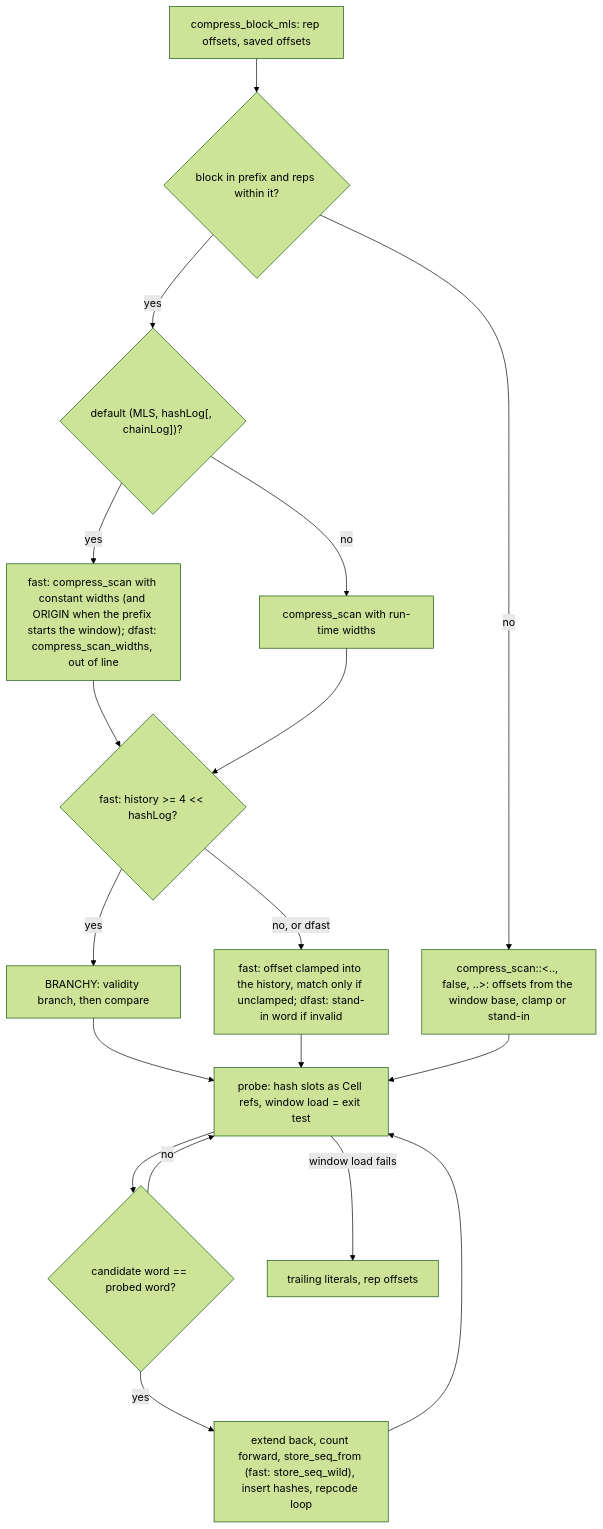
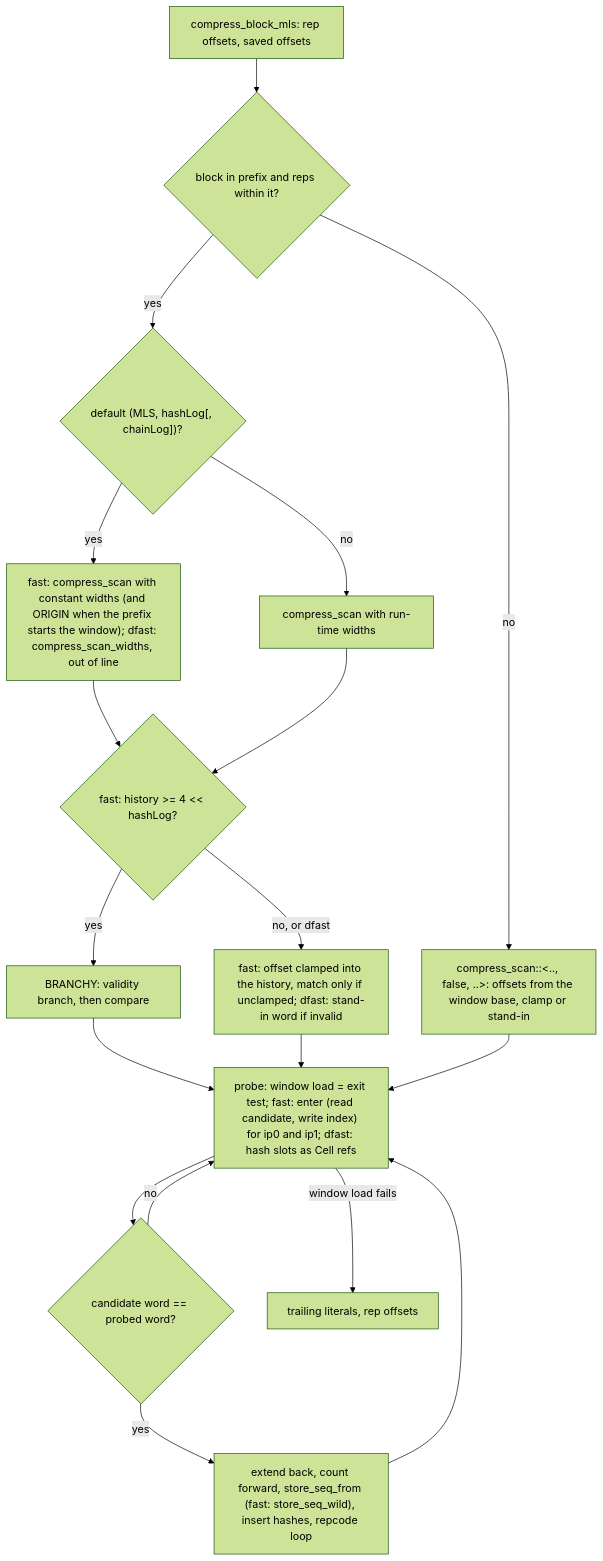
One commit to M-Compressors/mzstd changed diagram 15 of 20 in architecture/encoder-core.md. Above: the diagram before and after it, drawn with Mermaid (forest theme). The commit also changed other lines of this file and 336 other files, not shown here.

````diff
--- a/architecture/encoder-core.md
+++ b/architecture/encoder-core.md
@@ -715,20 +820,20 @@
 ```mermaid
 flowchart TD
     A[compress_block_mls: rep offsets, saved offsets] --> B{block in prefix and reps within it?}
     B -- yes --> W{"default (MLS, hashLog[, chainLog])?"}
     W -- yes --> CW["fast: compress_scan with constant widths (and ORIGIN when the prefix starts the window); dfast: compress_scan_widths, out of line"]
     W -- no --> CR["compress_scan with run-time widths"]
     CW --> Y{"fast: history >= 4 << hashLog?"}
     CR --> Y
     Y -- yes --> C1["BRANCHY: validity branch, then compare"]
     Y -- "no, or dfast" --> C2["fast: offset clamped into the history, match only if unclamped; dfast: stand-in word if invalid"]
     B -- no --> D["compress_scan::<.., false, ..>: offsets from the window base, clamp or stand-in"]
-    C1 --> E[probe: hash slots as Cell refs, window load = exit test]
+    C1 --> E["probe: window load = exit test; fast: enter (read candidate, write index) for ip0 and ip1; dfast: hash slots as Cell refs"]
     C2 --> E
     D --> E
     E --> F{"candidate word == probed word?"}
     F -- no --> E
     F -- yes --> G["extend back, count forward, store_seq_from (fast: store_seq_wild), insert hashes, repcode loop"]
     G --> E
     E -- window load fails --> H[trailing literals, rep offsets]
 ```
````
